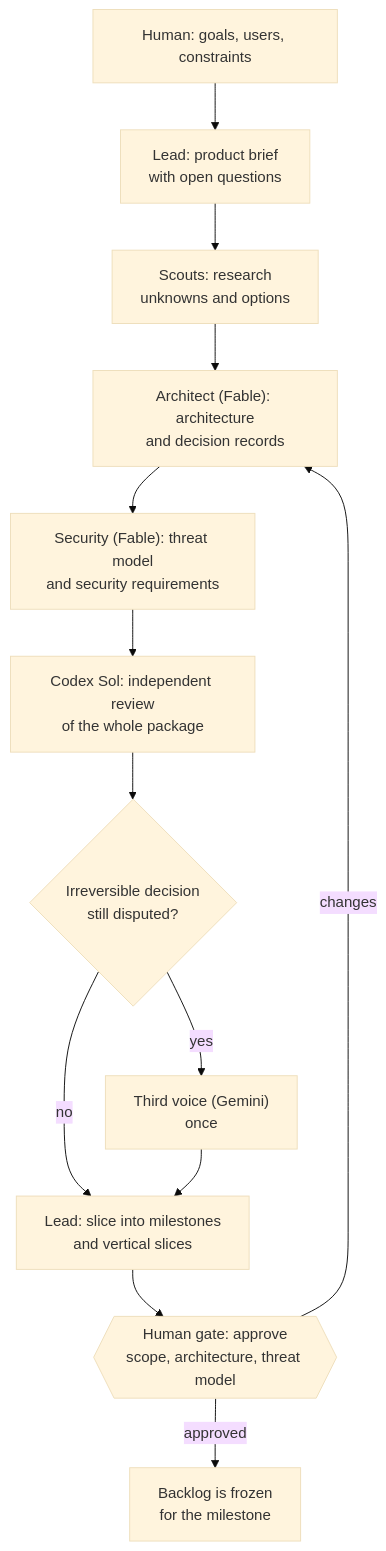
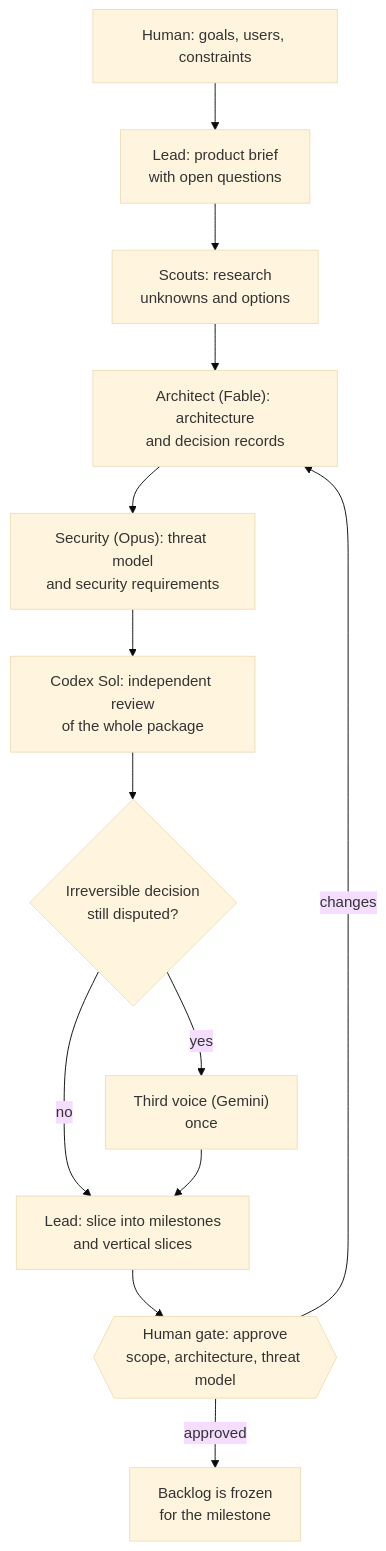
One commit to gerdschaeffer/t3-agentic-coding changed the fifth of 12 diagrams in CONCEPT.md. Above: the diagram before and after it, drawn with Mermaid (base theme). The commit also changed other lines of this file and 1 other file, not shown here.

First line of the commit message:
Move security-engineer from Fable 5.2 to Opus 5.5

````diff
--- a/CONCEPT.md
+++ b/CONCEPT.md
@@ -263,15 +263,15 @@
 ```mermaid
 flowchart TD
     A["Human: goals, users, constraints"] --> B["Lead: product brief<br/>with open questions"]
     B --> C["Scouts: research<br/>unknowns and options"]
     C --> D["Architect (Fable): architecture<br/>and decision records"]
-    D --> E["Security (Fable): threat model<br/>and security requirements"]
+    D --> E["Security (Opus): threat model<br/>and security requirements"]
     E --> F["Codex Sol: independent review<br/>of the whole package"]
     F --> G{"Irreversible decision<br/>still disputed?"}
     G -- yes --> H["Third voice (Gemini)<br/>once"]
     G -- no --> J["Lead: slice into milestones<br/>and vertical slices"]
     H --> J
     J --> K{{"Human gate: approve<br/>scope, architecture, threat model"}}
     K -- changes --> D
     K -- approved --> L["Backlog is frozen<br/>for the milestone"]
 ```
````
